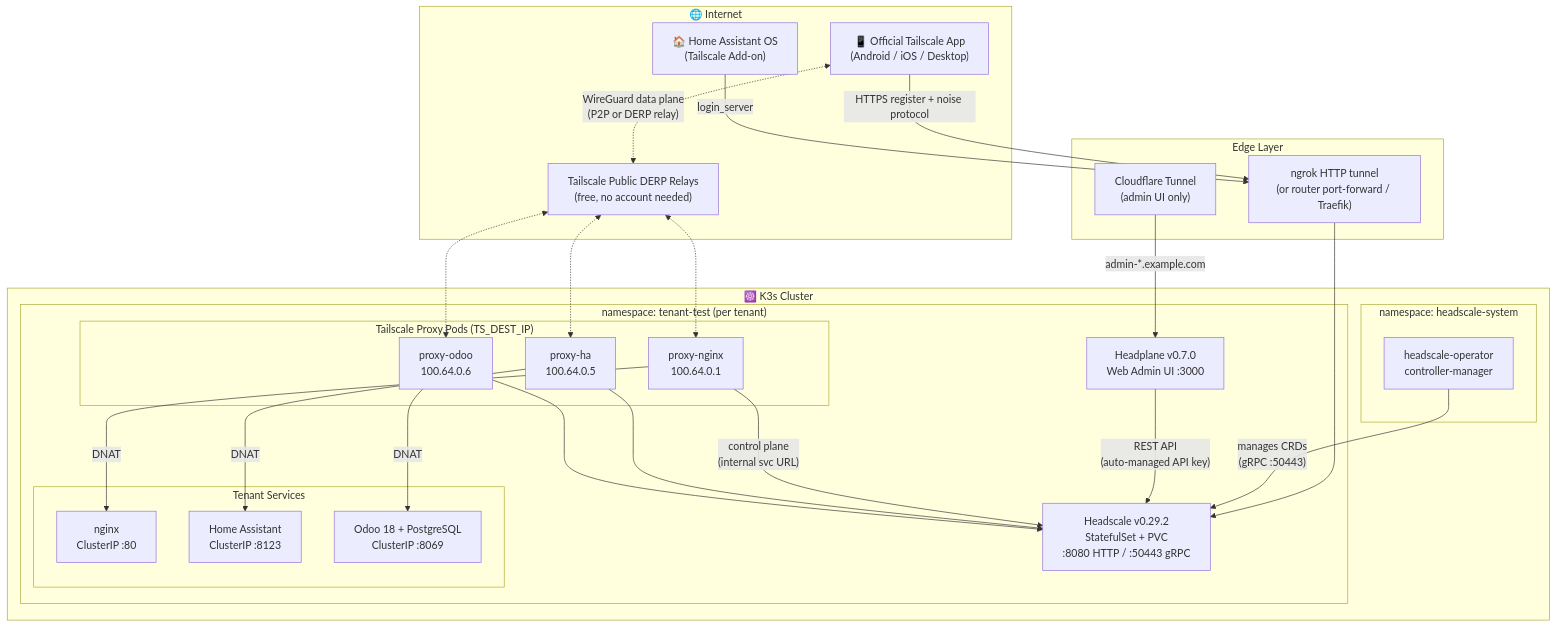
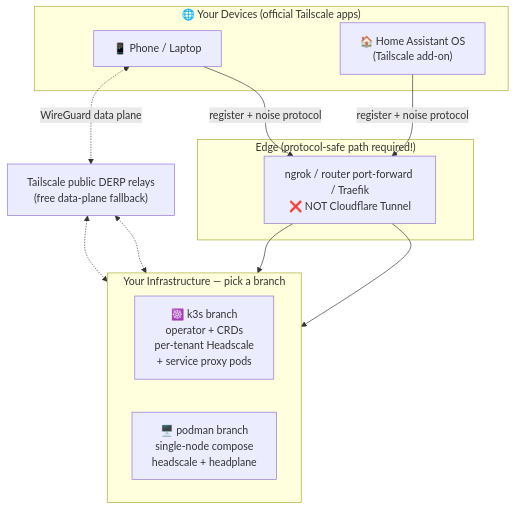
One commit to WOOWTECH/Woow_vpn_headscale_package changed the diagram in README.md. Above: the diagram before and after it, drawn with Mermaid. The commit also changed other lines of this file and 25 other files, not shown here.

First line of the commit message:
main branch: overview + branch guide (k3s / podman)

````diff
--- a/README.md
+++ b/README.md
@@ -54,51 +53,22 @@
 ```mermaid
 flowchart TB
-    subgraph Internet["🌐 Internet"]
-        Phone["📱 Official Tailscale App<br/>(Android / iOS / Desktop)"]
-        HAOS["🏠 Home Assistant OS<br/>(Tailscale Add-on)"]
-        DERP["Tailscale Public DERP Relays<br/>(free, no account needed)"]
+    subgraph Clients["🌐 Your Devices (official Tailscale apps)"]
+        Phone["📱 Phone / Laptop"]
+        HAOS["🏠 Home Assistant OS<br/>(Tailscale add-on)"]
     end
 
-    subgraph Edge["Edge Layer"]
-        NGROK["ngrok HTTP tunnel<br/>(or router port-forward / Traefik)"]
-        CF["Cloudflare Tunnel<br/>(admin UI only)"]
+    subgraph Exposure["Edge (protocol-safe path required!)"]
+        EDGE["ngrok / router port-forward / Traefik<br/>❌ NOT Cloudflare Tunnel"]
     end
 
-    subgraph K3s["☸️ K3s Cluster"]
-        subgraph OperatorNS["namespace: headscale-system"]
-            OP["headscale-operator<br/>controller-manager"]
-        end
-
-        subgraph TenantNS["namespace: tenant-test (per tenant)"]
-            HS["Headscale v0.29.2<br/>StatefulSet + PVC<br/>:8080 HTTP / :50443 gRPC"]
-            HP["Headplane v0.7.0<br/>Web Admin UI :3000"]
-
-            subgraph Services["Tenant Services"]
-                NGINX["nginx<br/>ClusterIP :80"]
-                HA["Home Assistant<br/>ClusterIP :8123"]
-                ODOO["Odoo 18 + PostgreSQL<br/>ClusterIP :8069"]
-            end
-
-            subgraph Proxies["Tailscale Proxy Pods (TS_DEST_IP)"]
-                P1["proxy-nginx<br/>100.64.0.1"]
-                P2["proxy-ha<br/>100.64.0.5"]
-                P3["proxy-odoo<br/>100.64.0.6"]
-            end
-        end
+    subgraph Hosting["Your Infrastructure — pick a branch"]
+        direction LR
+        K3S["☸️ k3s branch<br/>operator + CRDs<br/>per-tenant Headscale<br/>+ service proxy pods"]
+        PODMAN["🖥️ podman branch<br/>single-node compose<br/>headscale + headplane"]
     end
 
-    Phone -- "HTTPS register + noise protocol" --> NGROK
-    HAOS -- "login_server" --> NGROK
-    NGROK --> HS
-    CF -- "admin-*.example.com" --> HP
-    OP -- "manages CRDs<br/>(gRPC :50443)" --> HS
-    HP -- "REST API<br/>(auto-managed API key)" --> HS
-    P1 -- "control plane<br/>(internal svc URL)" --> HS
-    P2 --> HS
-    P3 --> HS
-    P1 -- "DNAT" --> NGINX
-    P2 -- "DNAT" --> HA
-    P3 -- "DNAT" --> ODOO
-    Phone <-. "WireGuard data plane<br/>(P2P or DERP relay)" .-> DERP
-    DERP <-.-> P1 & P2 & P3
+    DERP["Tailscale public DERP relays<br/>(free data-plane fallback)"]
+
+    Phone & HAOS -- "register + noise protocol" --> EDGE --> K3S & PODMAN
+    Phone <-. "WireGuard data plane" .-> DERP <-.-> K3S & PODMAN
 ```
````
